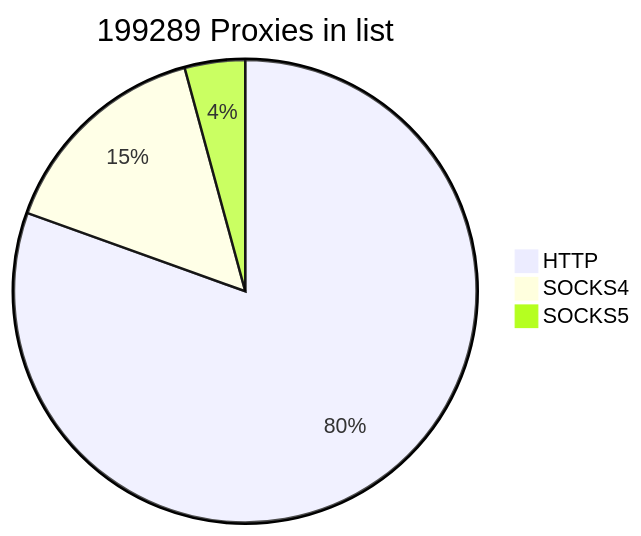
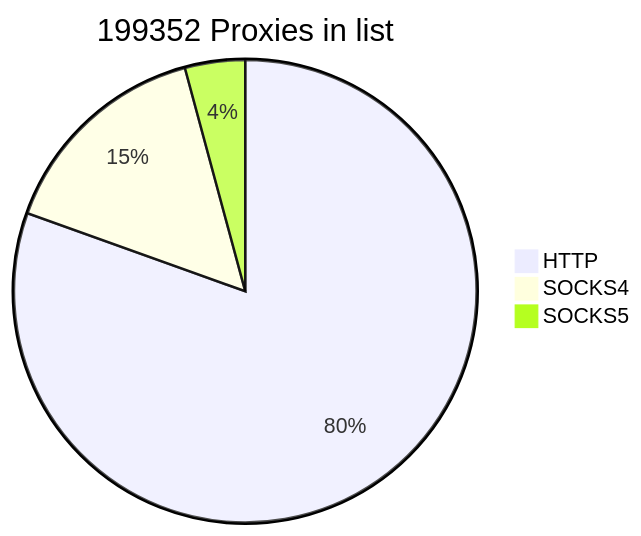
The first of 2 diagrams in README.md (cutipu/proxylist), drawn with Mermaid before and after one commit. The commit also changed other lines of this file, not shown here.

````diff
--- a/README.md
+++ b/README.md
@@ -2,7 +2,7 @@
 ```mermaid
-pie title 199289 Proxies in list
-    "HTTP" : 160400
-    "SOCKS4" : 30484
-    "SOCKS5" : 8405
+pie title 199352 Proxies in list
+    "HTTP" : 160428
+    "SOCKS4" : 30549
+    "SOCKS5" : 8375
             
 ```
````
